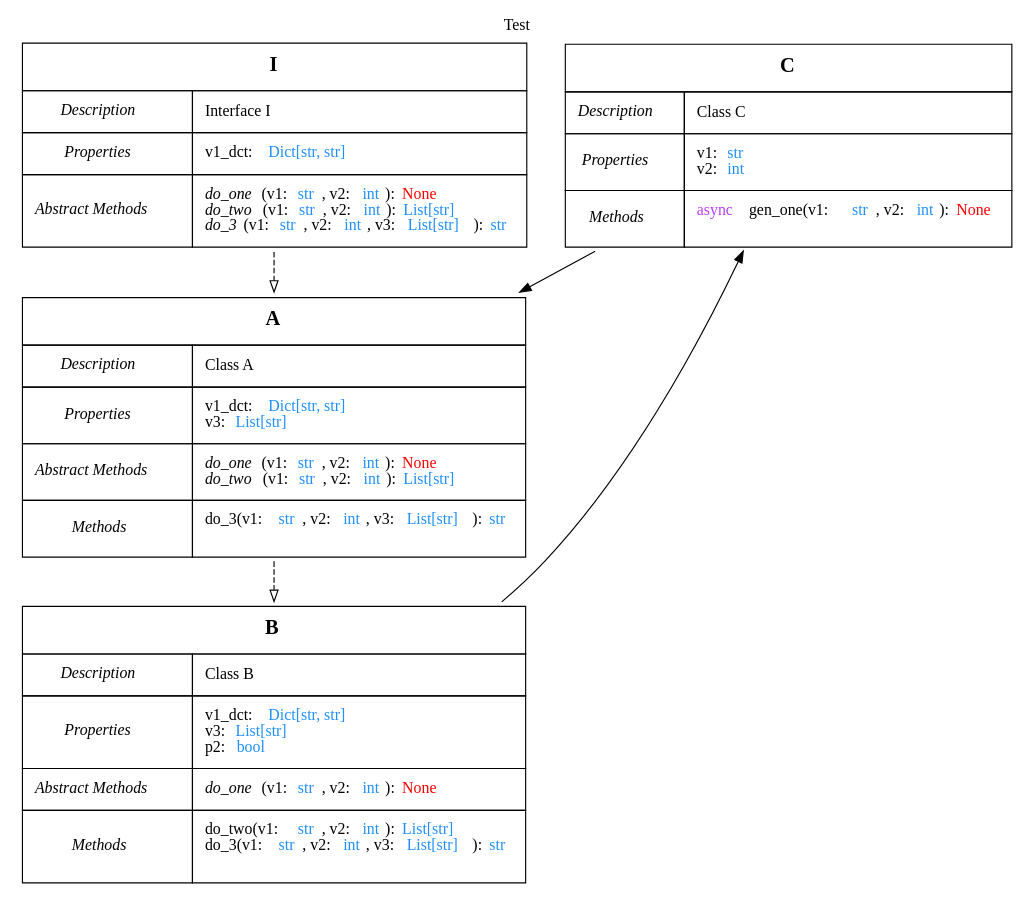
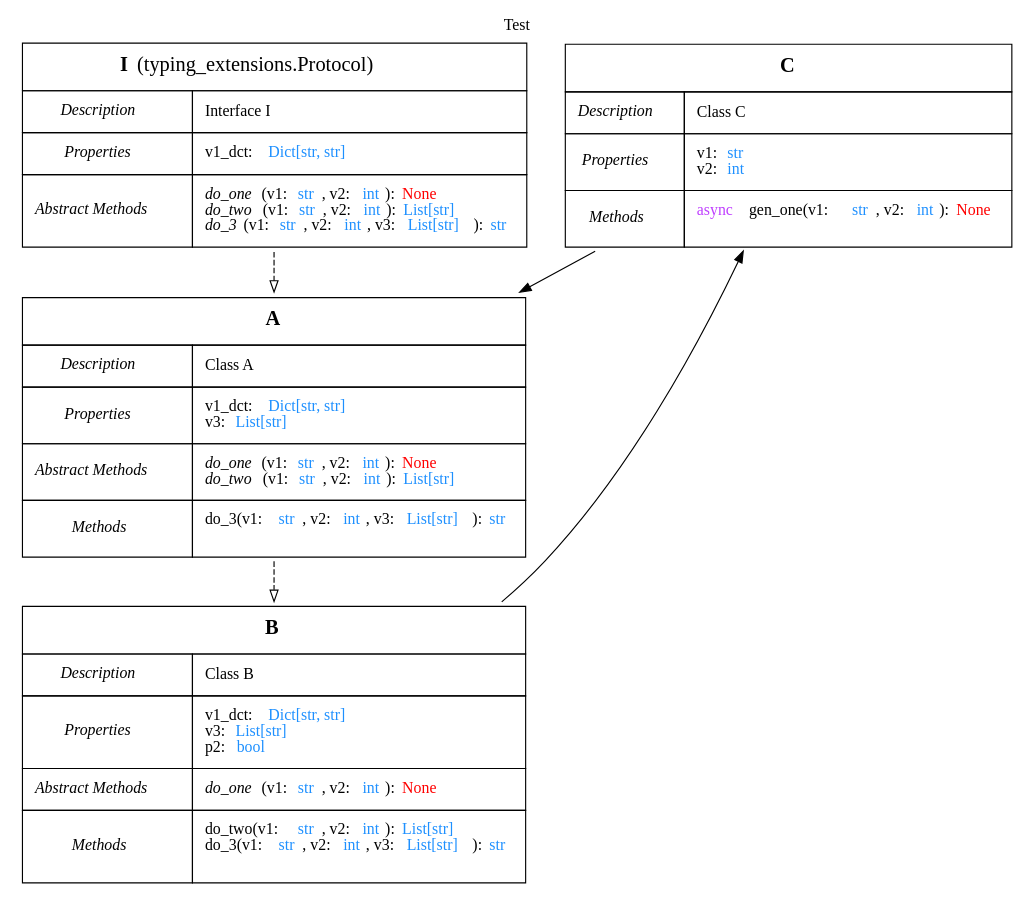
One commit to KCarretto/pyviz changed the diagram in docs/source/diagrams/simple_example.dot. Above: the diagram before and after it, drawn with Graphviz. The commit also changed 3 other files, not shown here.

```diff
--- a/docs/source/diagrams/simple_example.dot
+++ b/docs/source/diagrams/simple_example.dot
@@ -1,112 +1,108 @@
 digraph graph_test {
 
     /*
      * GRAPH ATTRIBUTES
      */
 
     labelloc="top"
     name="graph_test"
     label="Test"
 
 
     /*
      * NODE DEFINITIONS
      */
 
     /* Classes */
     I [
         shape=none
         portPos="t"
-        label=<<TABLE port="t" border="0" cellborder="1" cellspacing="0" cellpadding="10">
-                <TR><TD colspan='2'><FONT POINT-SIZE="18"><B>I</B></FONT></TD></TR><TR>
+        label=<<TABLE port="t" border="0" cellborder="1" cellspacing="0" cellpadding="10"><TR><TD colspan='2'><FONT POINT-SIZE="18"><B>I </B>(typing_extensions.Protocol)</FONT></TD></TR><TR>
                     <TD><I>Description</I></TD>
                     <TD align="left">Interface I</TD>
                 </TR><TR>
                     <TD><I>Properties</I></TD>
                     <TD align="left">v1_dct: <FONT COLOR="dodgerblue">Dict[str, str]</FONT><BR ALIGN="LEFT"/></TD>
                 </TR><TR>
                     <TD><I>Abstract Methods</I></TD>
                     <TD align="left"><I>do_one</I>(v1: <FONT COLOR="dodgerblue">str</FONT>, v2: <FONT COLOR="dodgerblue">int</FONT>): <FONT COLOR="red">None</FONT><BR ALIGN="LEFT"/><I>do_two</I>(v1: <FONT COLOR="dodgerblue">str</FONT>, v2: <FONT COLOR="dodgerblue">int</FONT>): <FONT COLOR="dodgerblue">List[str]</FONT><BR ALIGN="LEFT"/><I>do_3</I>(v1: <FONT COLOR="dodgerblue">str</FONT>, v2: <FONT COLOR="dodgerblue">int</FONT>, v3: <FONT COLOR="dodgerblue">List[str]</FONT>): <FONT COLOR="dodgerblue">str</FONT><BR ALIGN="LEFT"/></TD>
                 </TR></TABLE>
         >
     ]; /* End I */
 
     A [
         shape=none
         portPos="t"
-        label=<<TABLE port="t" border="0" cellborder="1" cellspacing="0" cellpadding="10">
-                <TR><TD colspan='2'><FONT POINT-SIZE="18"><B>A</B></FONT></TD></TR><TR>
+        label=<<TABLE port="t" border="0" cellborder="1" cellspacing="0" cellpadding="10"><TR><TD colspan='2'><FONT POINT-SIZE="18"><B>A</B></FONT></TD></TR><TR>
                     <TD><I>Description</I></TD>
                     <TD align="left">Class A</TD>
                 </TR><TR>
                     <TD><I>Properties</I></TD>
                     <TD align="left">v1_dct: <FONT COLOR="dodgerblue">Dict[str, str]</FONT><BR ALIGN="LEFT"/>v3: <FONT COLOR="dodgerblue">List[str]</FONT><BR ALIGN="LEFT"/></TD>
                 </TR><TR>
                     <TD><I>Abstract Methods</I></TD>
                     <TD align="left"><I>do_one</I>(v1: <FONT COLOR="dodgerblue">str</FONT>, v2: <FONT COLOR="dodgerblue">int</FONT>): <FONT COLOR="red">None</FONT><BR ALIGN="LEFT"/><I>do_two</I>(v1: <FONT COLOR="dodgerblue">str</FONT>, v2: <FONT COLOR="dodgerblue">int</FONT>): <FONT COLOR="dodgerblue">List[str]</FONT><BR ALIGN="LEFT"/></TD>
                 </TR><TR>
                     <TD><I>Methods</I></TD>
                     <TD align="left">do_3(v1: <FONT COLOR="dodgerblue">str</FONT>, v2: <FONT COLOR="dodgerblue">int</FONT>, v3: <FONT COLOR="dodgerblue">List[str]</FONT>): <FONT COLOR="dodgerblue">str</FONT><BR ALIGN="LEFT"/>
                     </TD>
                 </TR></TABLE>
         >
     ]; /* End A */
 
     B [
         shape=none
         portPos="t"
-        label=<<TABLE port="t" border="0" cellborder="1" cellspacing="0" cellpadding="10">
-                <TR><TD colspan='2'><FONT POINT-SIZE="18"><B>B</B></FONT></TD></TR><TR>
+        label=<<TABLE port="t" border="0" cellborder="1" cellspacing="0" cellpadding="10"><TR><TD colspan='2'><FONT POINT-SIZE="18"><B>B</B></FONT></TD></TR><TR>
                     <TD><I>Description</I></TD>
                     <TD align="left">Class B</TD>
                 </TR><TR>
                     <TD><I>Properties</I></TD>
                     <TD align="left">v1_dct: <FONT COLOR="dodgerblue">Dict[str, str]</FONT><BR ALIGN="LEFT"/>v3: <FONT COLOR="dodgerblue">List[str]</FONT><BR ALIGN="LEFT"/>p2: <FONT COLOR="dodgerblue">bool</FONT><BR ALIGN="LEFT"/></TD>
                 </TR><TR>
                     <TD><I>Abstract Methods</I></TD>
                     <TD align="left"><I>do_one</I>(v1: <FONT COLOR="dodgerblue">str</FONT>, v2: <FONT COLOR="dodgerblue">int</FONT>): <FONT COLOR="red">None</FONT><BR ALIGN="LEFT"/></TD>
                 </TR><TR>
                     <TD><I>Methods</I></TD>
                     <TD align="left">do_two(v1: <FONT COLOR="dodgerblue">str</FONT>, v2: <FONT COLOR="dodgerblue">int</FONT>): <FONT COLOR="dodgerblue">List[str]</FONT><BR ALIGN="LEFT"/>do_3(v1: <FONT COLOR="dodgerblue">str</FONT>, v2: <FONT COLOR="dodgerblue">int</FONT>, v3: <FONT COLOR="dodgerblue">List[str]</FONT>): <FONT COLOR="dodgerblue">str</FONT><BR ALIGN="LEFT"/>
                     </TD>
                 </TR></TABLE>
         >
     ]; /* End B */
 
     C [
         shape=none
         portPos="t"
-        label=<<TABLE port="t" border="0" cellborder="1" cellspacing="0" cellpadding="10">
-                <TR><TD colspan='2'><FONT POINT-SIZE="18"><B>C</B></FONT></TD></TR><TR>
+        label=<<TABLE port="t" border="0" cellborder="1" cellspacing="0" cellpadding="10"><TR><TD colspan='2'><FONT POINT-SIZE="18"><B>C</B></FONT></TD></TR><TR>
                     <TD><I>Description</I></TD>
                     <TD align="left">Class C</TD>
                 </TR><TR>
                     <TD><I>Properties</I></TD>
                     <TD align="left">v1: <FONT COLOR="dodgerblue">str</FONT><BR ALIGN="LEFT"/>v2: <FONT COLOR="dodgerblue">int</FONT><BR ALIGN="LEFT"/></TD>
                 </TR><TR>
                     <TD><I>Methods</I></TD>
                     <TD align="left"><FONT COLOR="darkorchid1">async </FONT>gen_one(v1: <FONT COLOR="dodgerblue">str</FONT>, v2: <FONT COLOR="dodgerblue">int</FONT>): <FONT COLOR="red">None</FONT><BR ALIGN="LEFT"/>
                     </TD>
                 </TR></TABLE>
         >
     ]; /* End C */
 
 
 
     /*
      * EDGE DEFINITIONS
      */
 
     /* Inheritance */
     I -> A [style=dashed arrowhead=empty];
 
     A -> B [style=dashed arrowhead=empty];
 
     /* Dependencies */
     B -> C  [constraint=false];
 
 
     C -> A  [constraint=false];
 
 
 }
```
